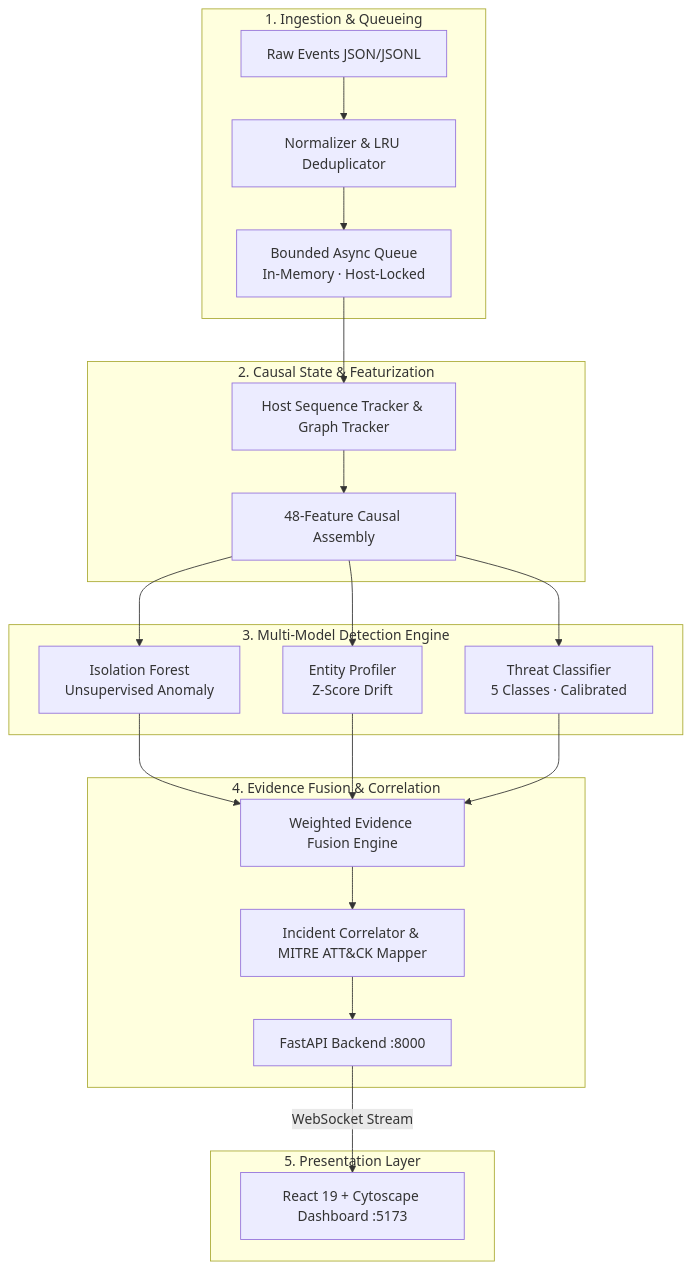
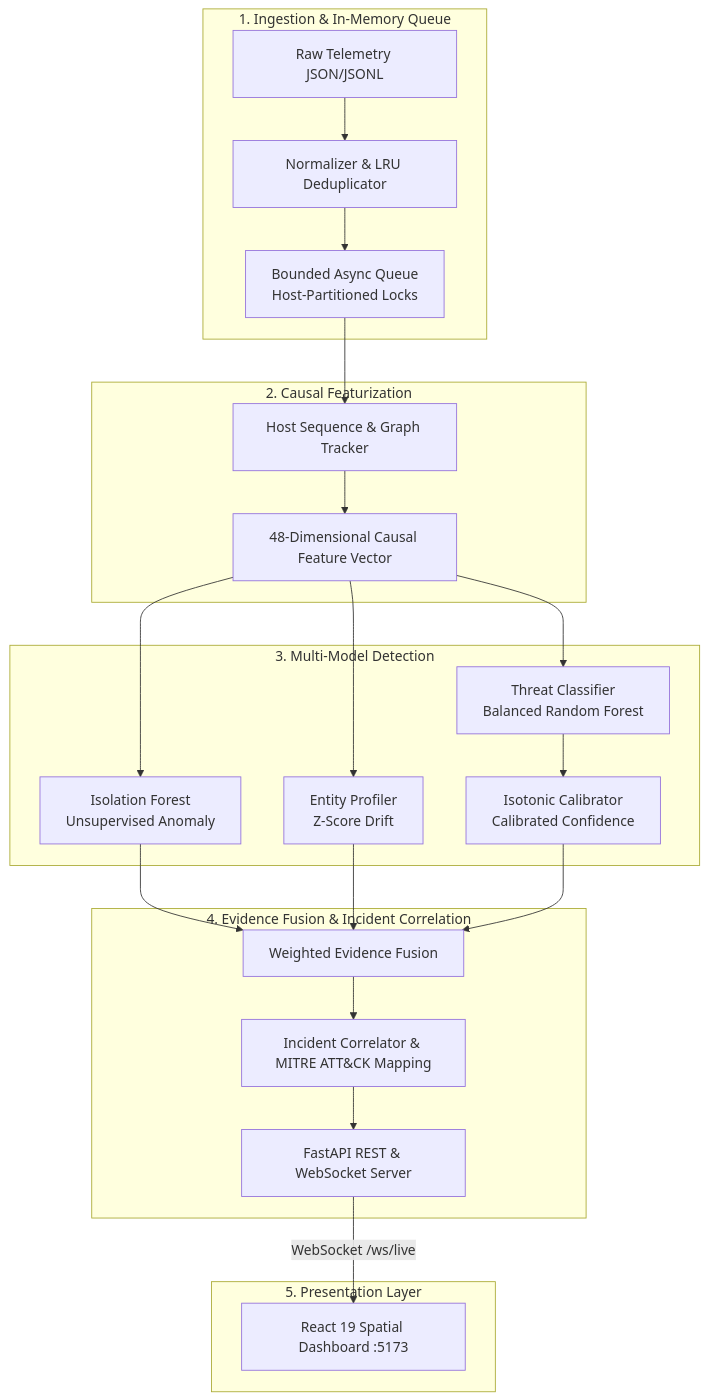
The diagram in README.md (akashcodes23/AEGIS-ML), drawn with Mermaid before and after one commit. The commit also changed other lines of this file and 15 other files, not shown here.

Commit message:
feat(stage2): implement kill-chain depth on entity graph and calibrated confidence focus on alert feed

````diff
--- a/README.md
+++ b/README.md
@@ -64,28 +63,29 @@
 ```mermaid
 flowchart TD
-    subgraph Ingestion ["1. Ingestion & Queueing"]
-        Raw[Raw Events JSON/JSONL] --> Norm[Normalizer & LRU Deduplicator]
-        Norm --> Queue[Bounded Async Queue<br/>In-Memory · Host-Locked]
+    subgraph Ingestion ["1. Ingestion & In-Memory Queue"]
+        Raw[Raw Telemetry JSON/JSONL] --> Norm[Normalizer & LRU Deduplicator]
+        Norm --> Queue[Bounded Async Queue<br/>Host-Partitioned Locks]
     end
 
-    subgraph State ["2. Causal State & Featurization"]
-        Queue --> StateTrack[Host Sequence Tracker & Graph Tracker]
-        StateTrack --> Feat[48-Feature Causal Assembly]
+    subgraph Featurization ["2. Causal Featurization"]
+        Queue --> StateTrack[Host Sequence & Graph Tracker]
+        StateTrack --> Feat[48-Dimensional Causal Feature Vector]
     end
 
-    subgraph Detection ["3. Multi-Model Detection Engine"]
+    subgraph Inference ["3. Multi-Model Detection"]
         Feat --> IF[Isolation Forest<br/>Unsupervised Anomaly]
         Feat --> Drift[Entity Profiler<br/>Z-Score Drift]
-        Feat --> RF[Threat Classifier<br/>5 Classes · Calibrated]
+        Feat --> RF[Threat Classifier<br/>Balanced Random Forest]
+        RF --> Calib[Isotonic Calibrator<br/>Calibrated Confidence]
     end
 
-    subgraph Fusion ["4. Evidence Fusion & Correlation"]
-        IF & Drift & RF --> Fused[Weighted Evidence Fusion Engine]
-        Fused --> Correlate[Incident Correlator & MITRE ATT&CK Mapper]
-        Correlate --> API[FastAPI Backend :8000]
+    subgraph Fusion ["4. Evidence Fusion & Incident Correlation"]
+        IF & Drift & Calib --> Fuse[Weighted Evidence Fusion]
+        Fuse --> Correlate[Incident Correlator & MITRE ATT&CK Mapping]
+        Correlate --> API[FastAPI REST & WebSocket Server]
     end
 
-    subgraph Presentation ["5. Presentation Layer"]
-        API -->|WebSocket Stream| UI[React 19 + Cytoscape Dashboard :5173]
+    subgraph SOC ["5. Presentation Layer"]
+        API -->|WebSocket /ws/live| UI[React 19 Spatial Dashboard :5173]
     end
 ```
````
